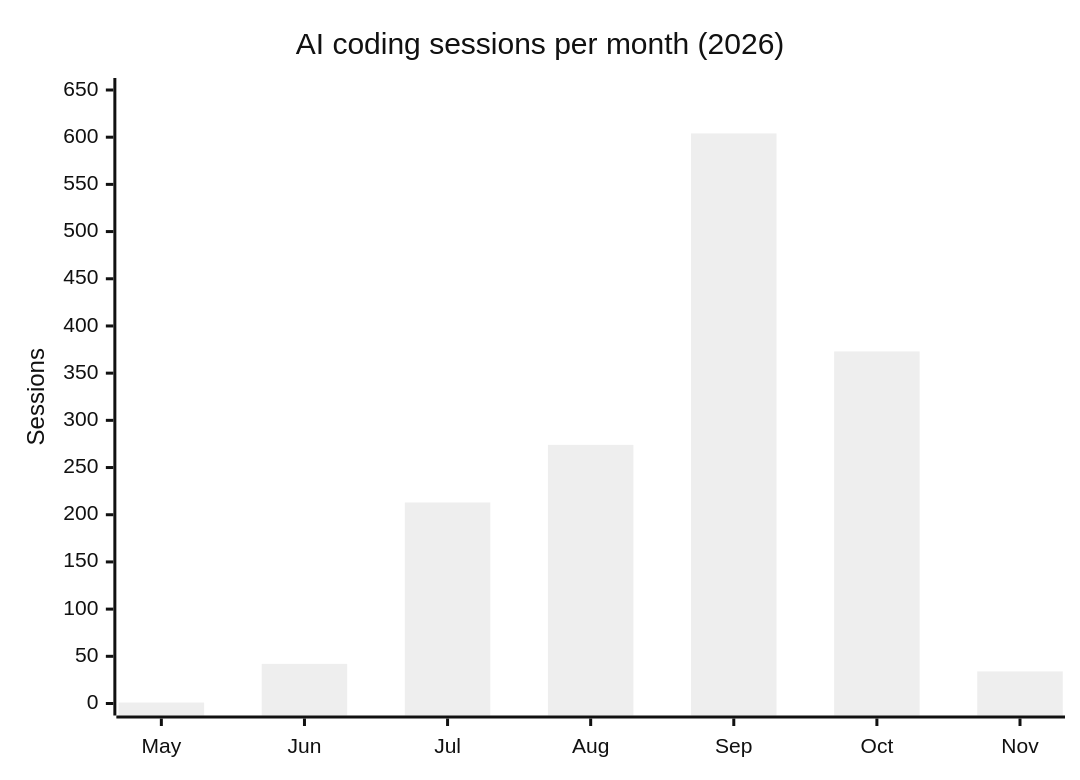
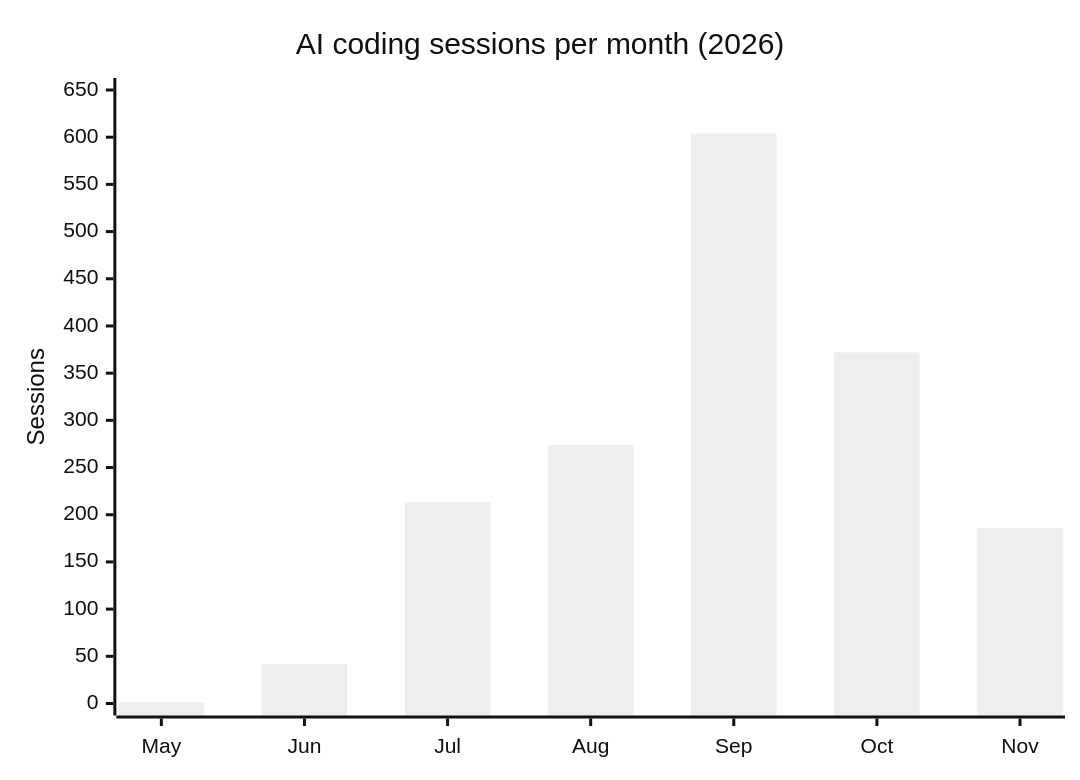
The diagram in VIBE-CODING.md (loryanstrant/loryanstrant), drawn with Mermaid (neutral theme) before and after one commit.

Commit message:
chore: refresh AI sessions chart

````diff
--- a/VIBE-CODING.md
+++ b/VIBE-CODING.md
@@ -14,7 +14,7 @@
 ```mermaid
 xychart-beta
     title "AI coding sessions per month (2026)"
     x-axis ["May", "Jun", "Jul", "Aug", "Sep", "Oct", "Nov"]
     y-axis "Sessions" 0 --> 650
-    bar [1, 42, 213, 274, 604, 373, 34]
+    bar [1, 42, 213, 274, 604, 372, 186]
 ```
````
